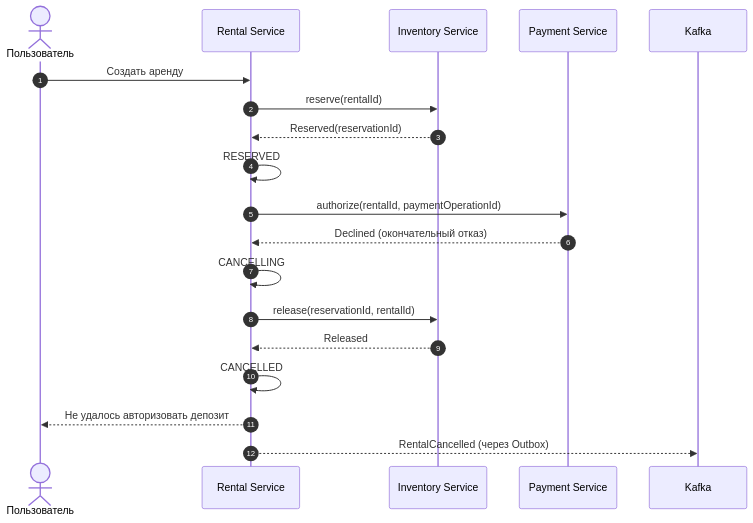
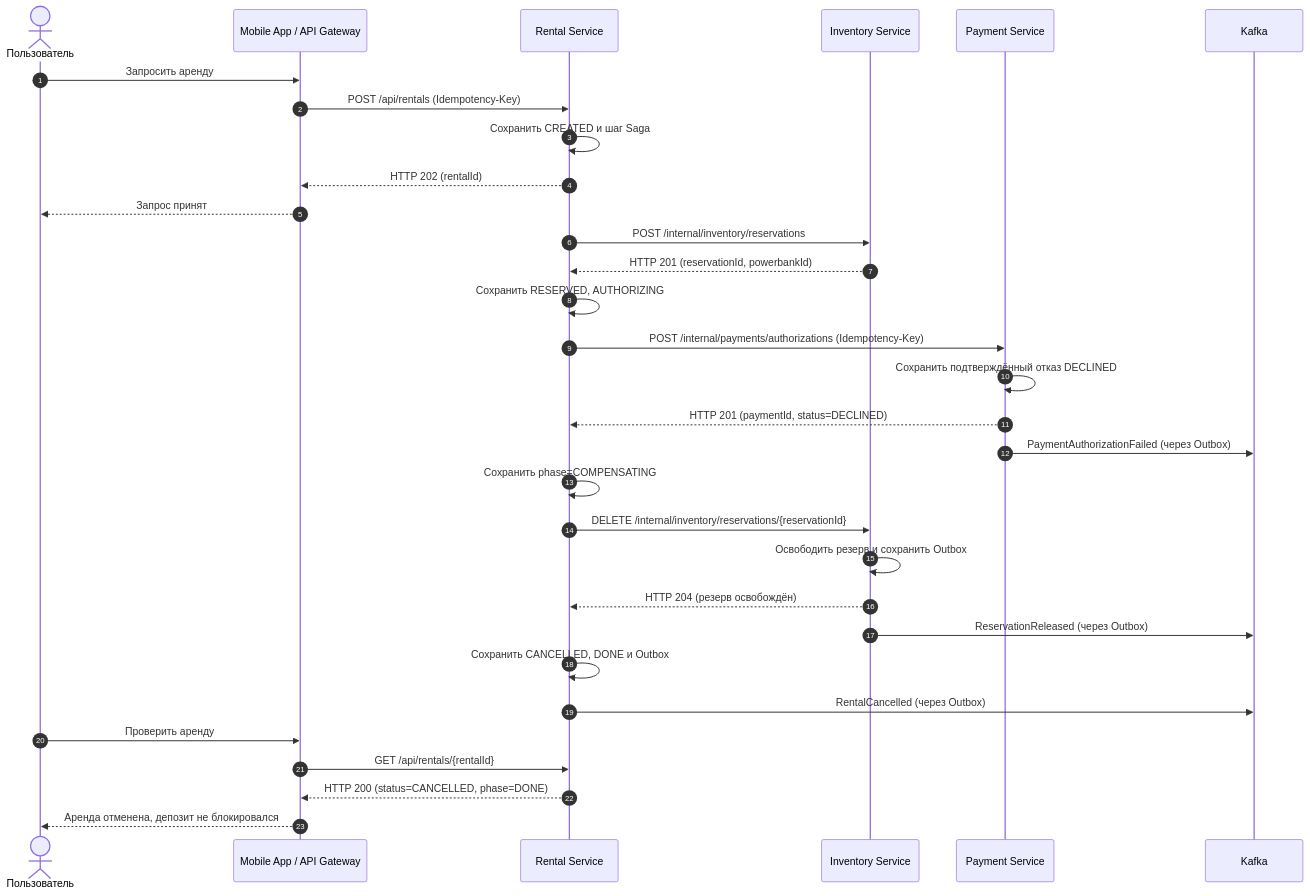
Before and after one commit to mariednsk/powerbank-rental: the fourth of 5 diagrams in docs/process.md, drawn with Mermaid. The commit also changed other lines of this file, not shown here.

````diff
--- a/docs/process.md
+++ b/docs/process.md
@@ -152,22 +244,36 @@
 ```mermaid
 sequenceDiagram
     autonumber
     actor U as Пользователь
+    participant C as Mobile App / API Gateway
     participant R as Rental Service
     participant I as Inventory Service
     participant P as Payment Service
     participant K as Kafka
 
-    U->>R: Создать аренду
-    R->>I: reserve(rentalId)
-    I-->>R: Reserved(reservationId)
-    R->>R: RESERVED
-    R->>P: authorize(rentalId, paymentOperationId)
-    P-->>R: Declined (окончательный отказ)
-    R->>R: CANCELLING
-    R->>I: release(reservationId, rentalId)
-    I-->>R: Released
-    R->>R: CANCELLED
-    R-->>U: Не удалось авторизовать депозит
-    R-->>K: RentalCancelled (через Outbox)
+    U->>C: Запросить аренду
+    C->>R: POST /api/rentals (Idempotency-Key)
+    R->>R: Сохранить CREATED и шаг Saga
+    R-->>C: HTTP 202 (rentalId)
+    C-->>U: Запрос принят
+
+    R->>I: POST /internal/inventory/reservations
+    I-->>R: HTTP 201 (reservationId, powerbankId)
+    R->>R: Сохранить RESERVED, AUTHORIZING
+    R->>P: POST /internal/payments/authorizations (Idempotency-Key)
+    P->>P: Сохранить подтверждённый отказ DECLINED
+    P-->>R: HTTP 201 (paymentId, status=DECLINED)
+    P->>K: PaymentAuthorizationFailed (через Outbox)
+
+    R->>R: Сохранить phase=COMPENSATING
+    R->>I: DELETE /internal/inventory/reservations/{reservationId}
+    I->>I: Освободить резерв и сохранить Outbox
+    I-->>R: HTTP 204 (резерв освобождён)
+    I->>K: ReservationReleased (через Outbox)
+    R->>R: Сохранить CANCELLED, DONE и Outbox
+    R->>K: RentalCancelled (через Outbox)
+    U->>C: Проверить аренду
+    C->>R: GET /api/rentals/{rentalId}
+    R-->>C: HTTP 200 (status=CANCELLED, phase=DONE)
+    C-->>U: Аренда отменена, депозит не блокировался
 ```
````
